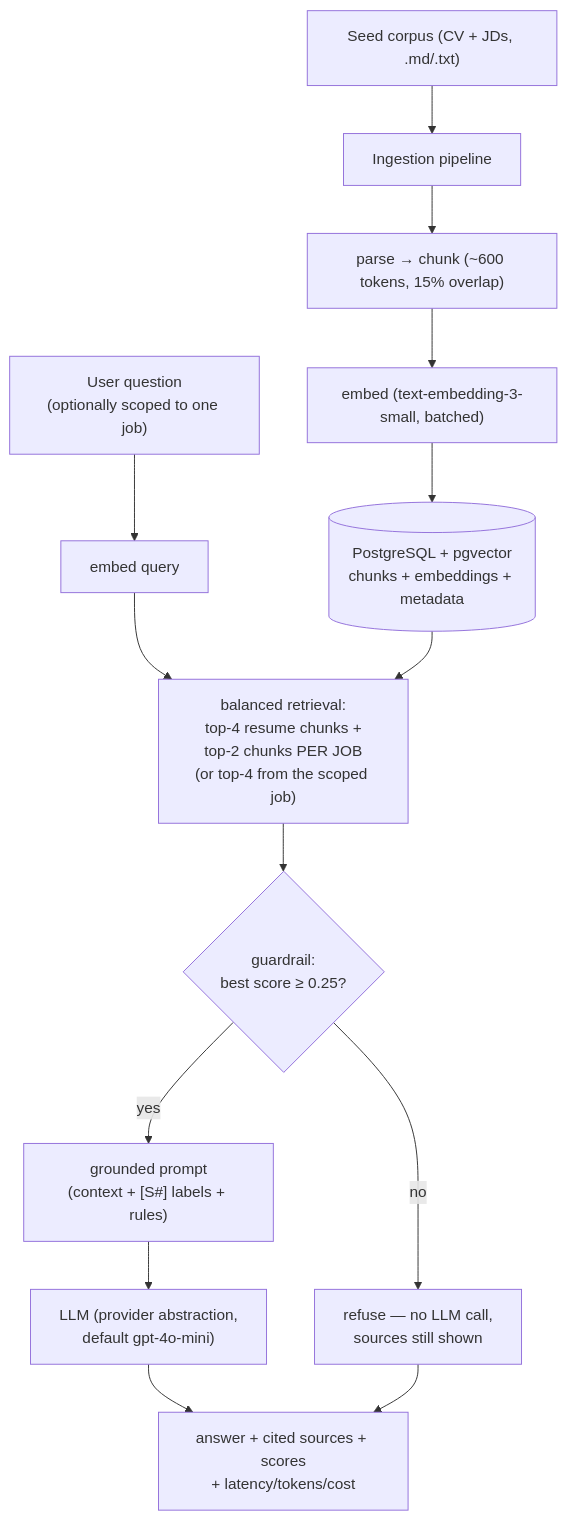
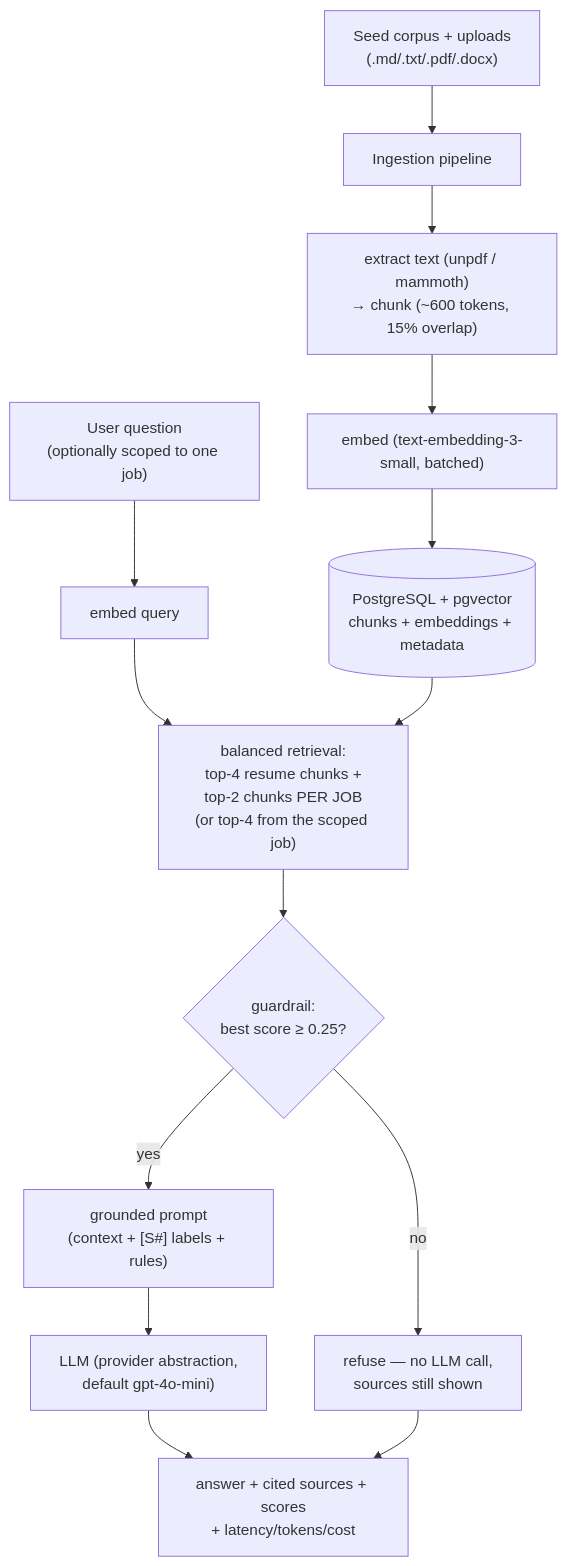
The diagram in README.md (sherifButt/career-intelligence), drawn with Mermaid before and after one commit. The commit also changed other lines of this file and 9 other files, not shown here.

Commit message:
feat: pdf/docx upload support via server-side text extraction

````diff
--- a/README.md
+++ b/README.md
@@ -42,17 +42,17 @@
 ```mermaid
 flowchart TD
-    A["Seed corpus (CV + JDs, .md/.txt)"] --> B[Ingestion pipeline]
-    B --> B1["parse → chunk (~600 tokens, 15% overlap)"]
+    A["Seed corpus + uploads\n(.md/.txt/.pdf/.docx)"] --> B[Ingestion pipeline]
+    B --> B1["extract text (unpdf / mammoth)\n→ chunk (~600 tokens, 15% overlap)"]
     B1 --> B2["embed (text-embedding-3-small, batched)"]
     B2 --> B3[("PostgreSQL + pgvector\nchunks + embeddings + metadata")]
 
     Q["User question\n(optionally scoped to one job)"] --> E[embed query]
     E --> R["balanced retrieval:\ntop-4 resume chunks +\ntop-2 chunks PER JOB\n(or top-4 from the scoped job)"]
     B3 --> R
     R --> G{"guardrail:\nbest score ≥ 0.25?"}
     G -- no --> X["refuse — no LLM call,\nsources still shown"]
     G -- yes --> P["grounded prompt\n(context + [S#] labels + rules)"]
     P --> L["LLM (provider abstraction,\ndefault gpt-4o-mini)"]
     L --> UI["answer + cited sources + scores\n+ latency/tokens/cost"]
     X --> UI
 ```
````
